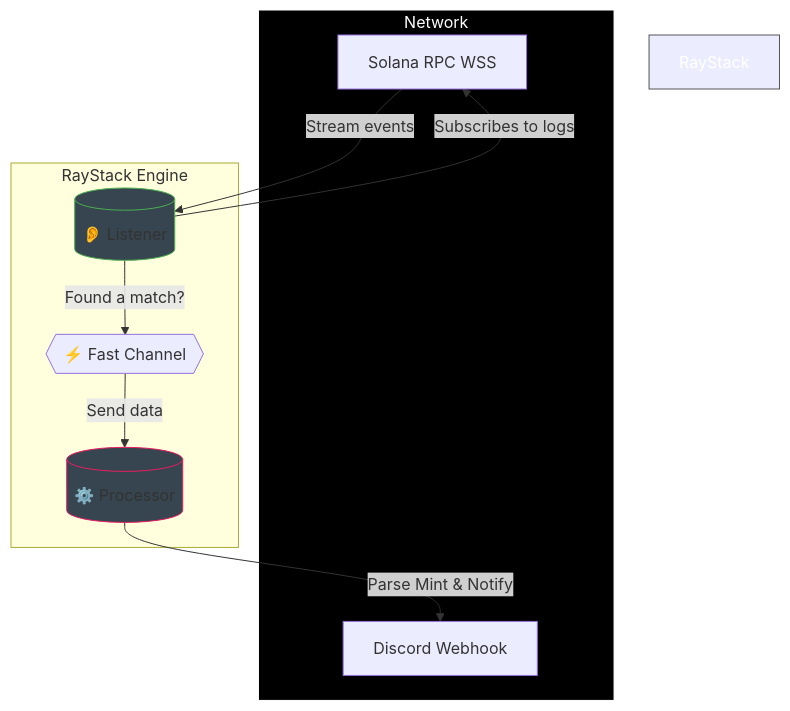
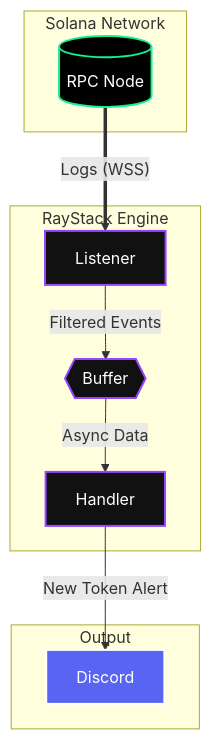
The diagram in README.md (Monti-27/RayStack), drawn with Mermaid before and after one commit. The commit also changed other lines of this file, not shown here.

Commit message:
updated readme flow diagram

````diff
--- a/README.md
+++ b/README.md
@@ -13,24 +13,25 @@
 ```mermaid
 graph TD
-    subgraph Network
-        RPC[Solana RPC WSS]
-        Discord[Discord Webhook]
+    subgraph Solana ["Solana Network"]
+        RPC[("RPC Node")]:::sol
     end
 
-    subgraph "RayStack Engine"
-        Listener[("👂 Listener")]
-        Channel{{"⚡ Fast Channel"}}
-        Processor[("⚙️ Processor")]
-
-        Listener -- "Subscribes to logs" --> RPC
-        RPC -- "Stream events" --> Listener
-        Listener -- "Found a match?" --> Channel
-        Channel -- "Send data" --> Processor
-        Processor -- "Parse Mint & Notify" --> Discord
+    subgraph App ["RayStack Engine"]
+        L["Listener"]:::comp
+        B{{"Buffer"}}:::comp
+        H["Handler"]:::comp
     end
 
-    style RayStack Engine fill:#2b2b2b,stroke:#555,color:#fff
-    style Network fill:#000,stroke:#fff,color:#fff
-    style Listener fill:#36454F,stroke:#4caf50
-    style Processor fill:#36454F,stroke:#e91e63
+    subgraph Out ["Output"]
+        D["Discord"]:::dis
+    end
+
+    RPC == "Logs (WSS)" ==> L
+    L -- "Filtered Events" --> B
+    B -- "Async Data" --> H
+    H -- "New Token Alert" --> D
+
+    classDef sol fill:#000,stroke:#14F195,color:#fff,stroke-width:2px;
+    classDef comp fill:#111,stroke:#9945FF,color:#fff,stroke-width:2px;
+    classDef dis fill:#5865F2,stroke:#fff,color:#fff,stroke-width:2px;
 ```
````
